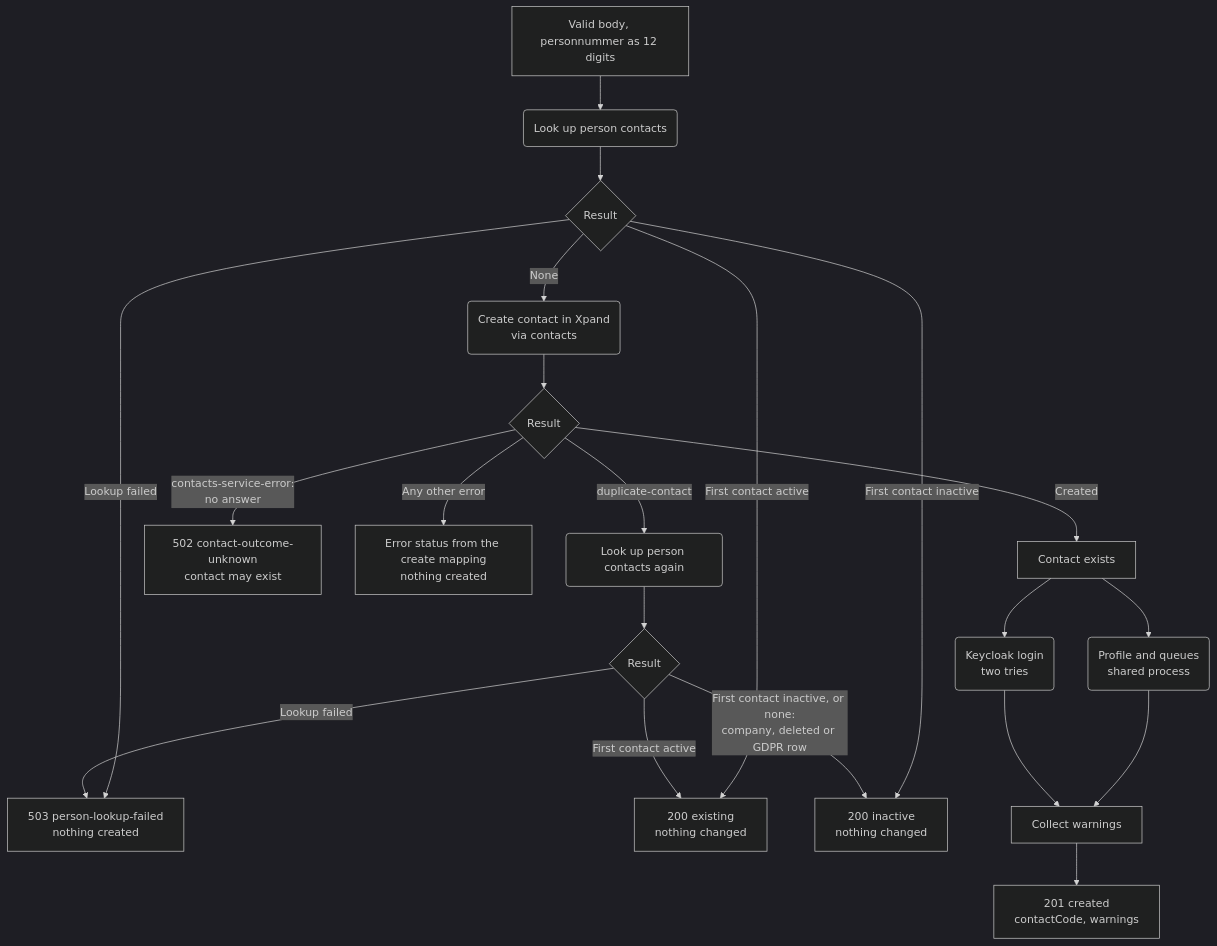
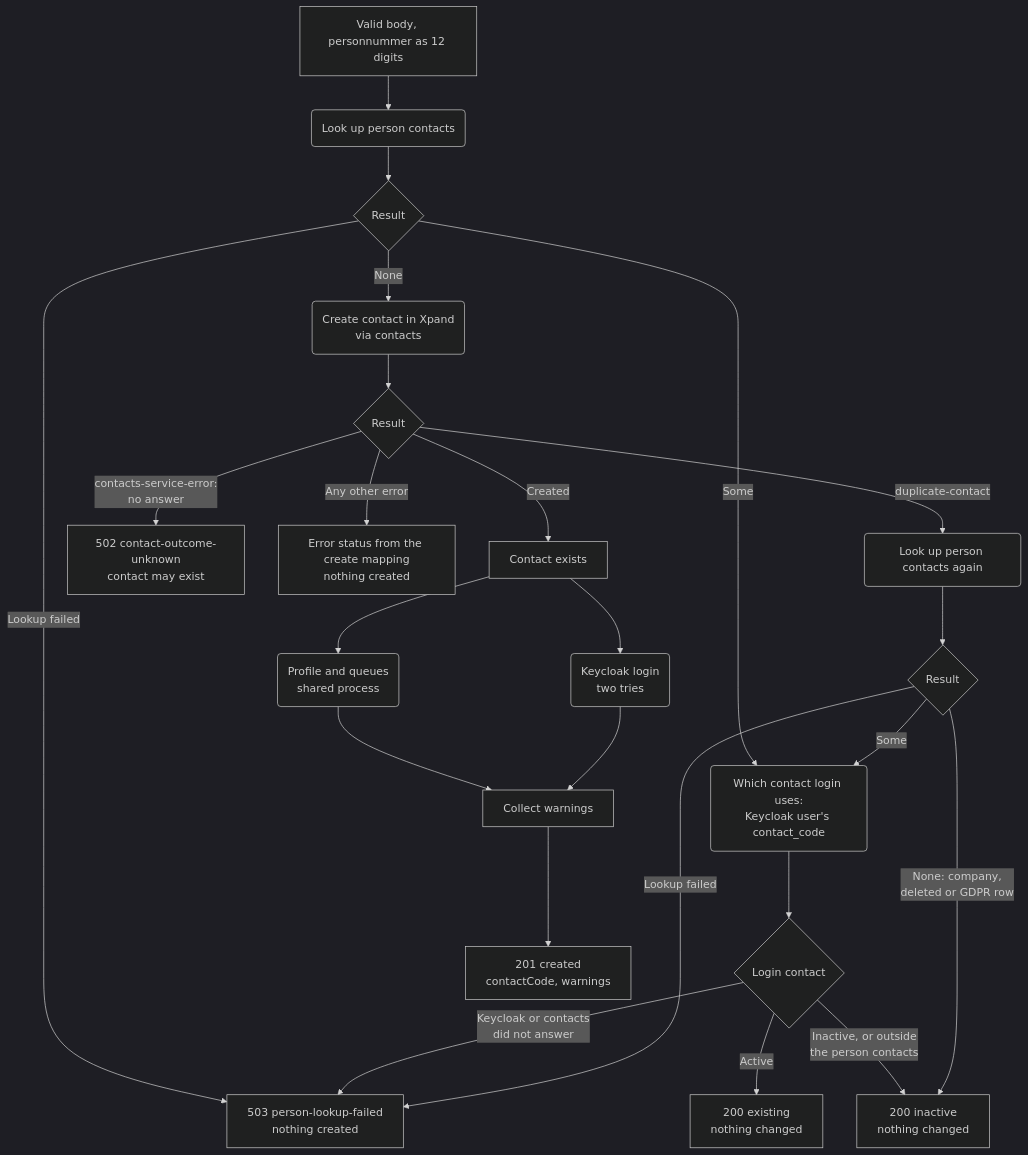
Before and after one commit to Bostads-AB-Mimer/onecore: the first of 2 diagrams in core/src/processes/contacts/DOCS_Register_Applicant.md, drawn with Mermaid (dark theme). The commit also changed other lines of this file and 3 other files, not shown here.

First line of the commit message:
MIM-2219: Decide existing/inactive by the contact login actually uses

````diff
--- a/core/src/processes/contacts/DOCS_Register_Applicant.md
+++ b/core/src/processes/contacts/DOCS_Register_Applicant.md
@@ -29,26 +29,29 @@
 ```mermaid
 flowchart TD
 A[Valid body, personnummer as 12 digits] --> L(Look up person contacts)
 L --> Lo{Result}
 Lo --> |Lookup failed| F1[503 person-lookup-failed<br/>nothing created]
-Lo --> |First contact active| E[200 existing<br/>nothing changed]
-Lo --> |First contact inactive| I[200 inactive<br/>nothing changed]
+Lo --> |Some| B(Which contact login uses:<br/>Keycloak user's contact_code)
 Lo --> |None| C(Create contact in Xpand<br/>via contacts)
+B --> Bo{Login contact}
+Bo --> |Active| E[200 existing<br/>nothing changed]
+Bo --> |Inactive, or outside<br/>the person contacts| I[200 inactive<br/>nothing changed]
+Bo --> |Keycloak or contacts<br/>did not answer| F1
 
 C --> Co{Result}
 Co --> |duplicate-contact| L2(Look up person contacts again)
 Co --> |contacts-service-error:<br/>no answer| U[502 contact-outcome-unknown<br/>contact may exist]
 Co --> |Any other error| F2[Error status from the create mapping<br/>nothing created]
 Co --> |Created| S
 
 L2 --> L2o{Result}
-L2o --> |First contact active| E
-L2o --> |First contact inactive, or none:<br/>company, deleted or GDPR row| I
+L2o --> |Some| B
+L2o --> |None: company,<br/>deleted or GDPR row| I
 L2o --> |Lookup failed| F1
 
 S[Contact exists] --> P(Profile and queues<br/>shared process)
 S --> K(Keycloak login<br/>two tries)
 P --> W
 K --> W
 W[Collect warnings] --> R[201 created<br/>contactCode, warnings]
 ```
````
